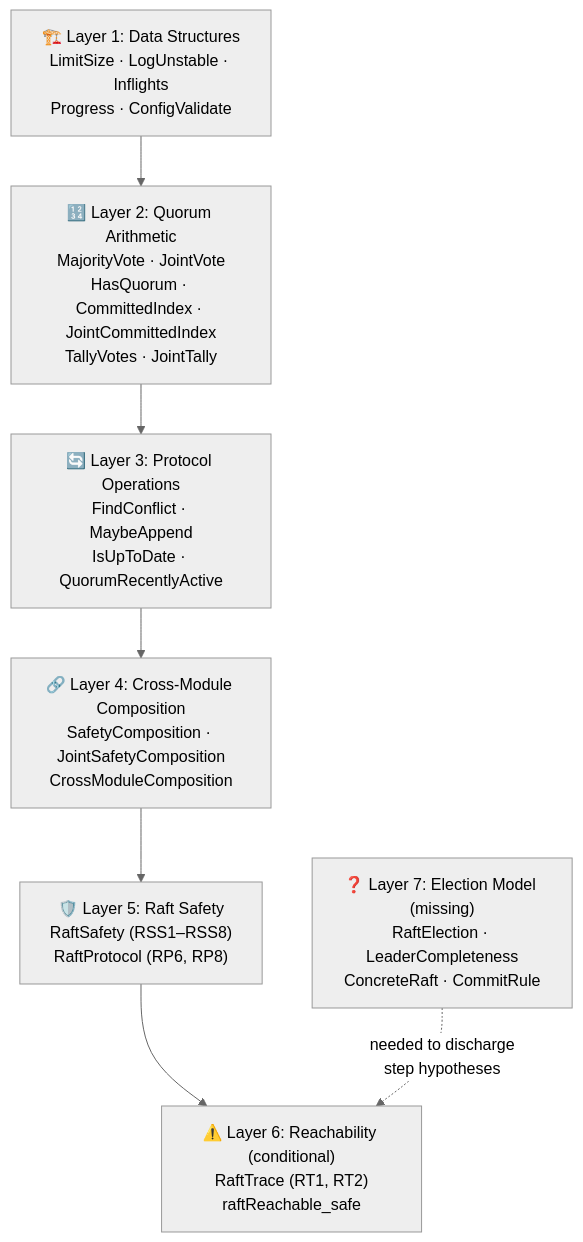
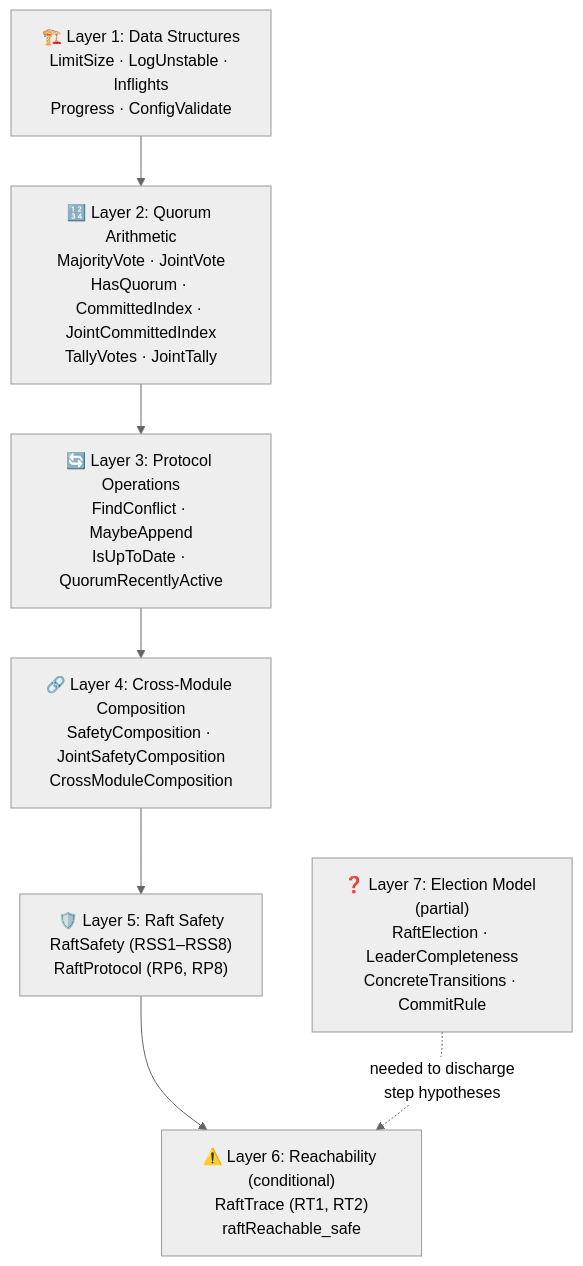
The first of 10 diagrams in formal-verification/REPORT.md (dsyme/fv-squad), drawn with Mermaid (neutral theme) before and after one commit. The commit also changed other lines of this file and 2 other files, not shown here.

First line of the commit message:
feat(fv): add CommitRule.lean (CR1–CR9, 9 theorems); update report (Tasks 3 & 10)

````diff
--- a/formal-verification/REPORT.md
+++ b/formal-verification/REPORT.md
@@ -70,17 +70,17 @@
 ```mermaid
 graph TD
     A["🏗️ Layer 1: Data Structures<br/>LimitSize · LogUnstable · Inflights<br/>Progress · ConfigValidate"]
     B["🔢 Layer 2: Quorum Arithmetic<br/>MajorityVote · JointVote<br/>HasQuorum · CommittedIndex · JointCommittedIndex<br/>TallyVotes · JointTally"]
     C["🔄 Layer 3: Protocol Operations<br/>FindConflict · MaybeAppend<br/>IsUpToDate · QuorumRecentlyActive"]
     D["🔗 Layer 4: Cross-Module Composition<br/>SafetyComposition · JointSafetyComposition<br/>CrossModuleComposition"]
     E["🛡️ Layer 5: Raft Safety<br/>RaftSafety (RSS1–RSS8)<br/>RaftProtocol (RP6, RP8)"]
     F["⚠️ Layer 6: Reachability (conditional)<br/>RaftTrace (RT1, RT2)<br/>raftReachable_safe"]
-    G["❓ Layer 7: Election Model (missing)<br/>RaftElection · LeaderCompleteness<br/>ConcreteRaft · CommitRule"]
+    G["❓ Layer 7: Election Model (partial)<br/>RaftElection · LeaderCompleteness<br/>ConcreteTransitions · CommitRule"]
 
     A --> B
     B --> C
     C --> D
     D --> E
     E --> F
     G -.->|"needed to discharge<br/>step hypotheses"| F
 ```
````
